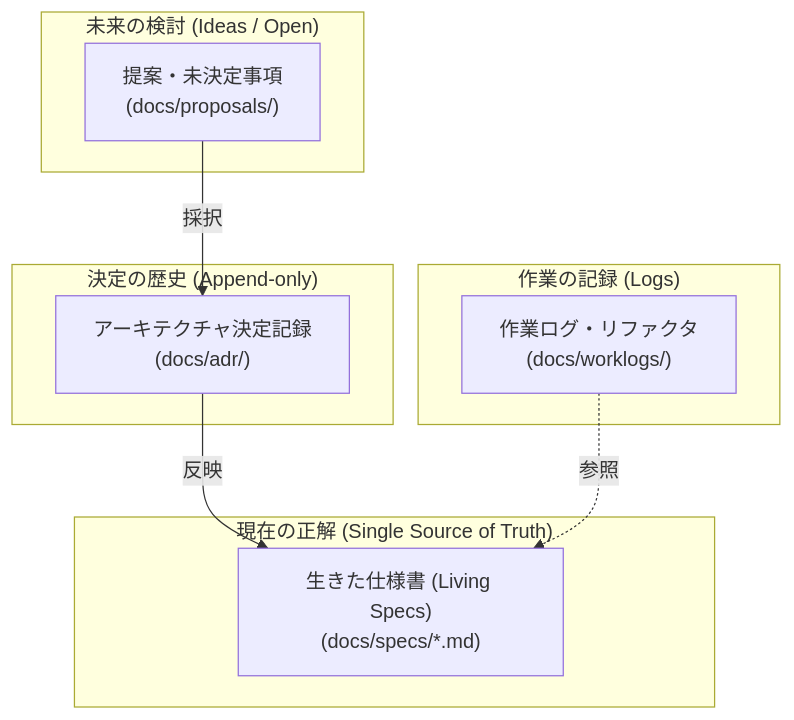
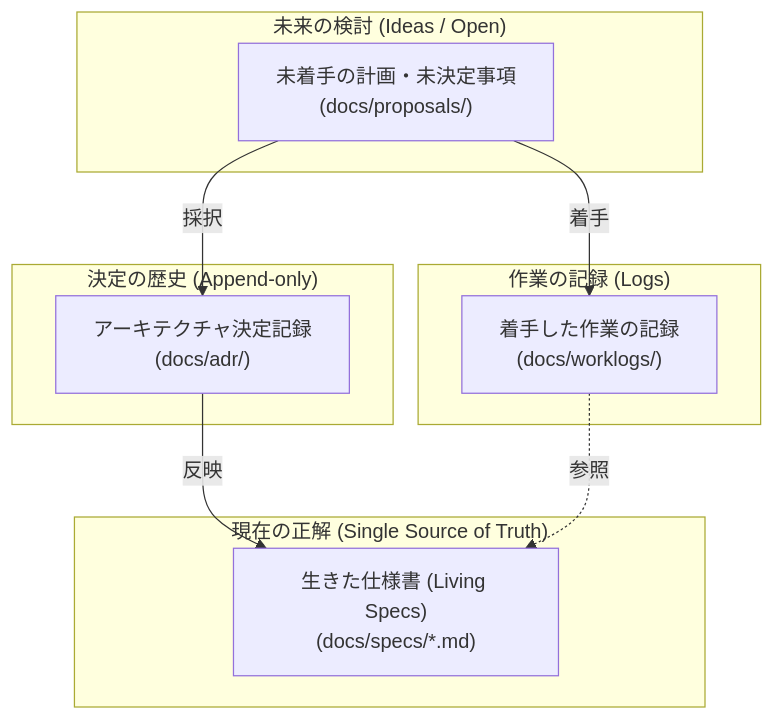
One commit to nazo6/vy changed the diagram in docs/README.md. Above: the diagram before and after it, drawn with Mermaid. The commit also changed other lines of this file and 5 other files, not shown here.

````diff
--- a/docs/README.md
+++ b/docs/README.md
@@ -11,22 +11,23 @@
 ```mermaid
 flowchart TD
     subgraph Current["現在の正解 (Single Source of Truth)"]
         Specs["生きた仕様書 (Living Specs)\n(docs/specs/*.md)"]
     end
 
     subgraph History["決定の歴史 (Append-only)"]
         ADR["アーキテクチャ決定記録\n(docs/adr/)"]
     end
 
     subgraph Future["未来の検討 (Ideas / Open)"]
-        Proposals["提案・未決定事項\n(docs/proposals/)"]
+        Proposals["未着手の計画・未決定事項\n(docs/proposals/)"]
     end
 
     subgraph Operations["作業の記録 (Logs)"]
-        Worklogs["作業ログ・リファクタ\n(docs/worklogs/)"]
+        Worklogs["着手した作業の記録\n(docs/worklogs/)"]
     end
 
     Proposals -- "採択" --> ADR
+    Proposals -- "着手" --> Worklogs
     ADR -- "反映" --> Specs
     Worklogs -. "参照" .-> Specs
 ```
````
